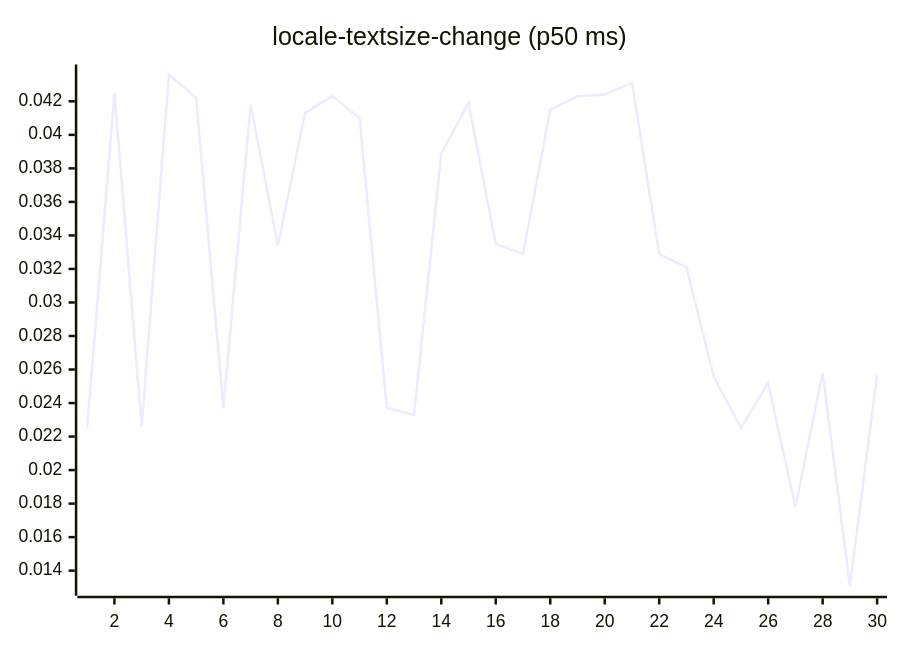
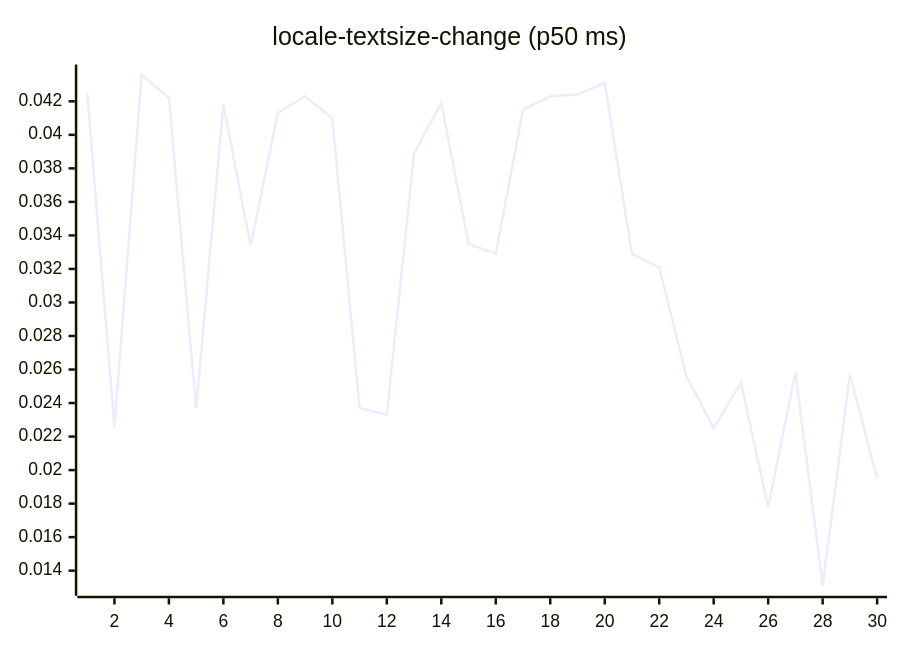
Diagram 13 of 27 in README.md (josha/Facet), drawn with Mermaid before and after one commit. The commit also changed other lines of this file and 2 other files, not shown here.

````diff
--- a/README.md
+++ b/README.md
@@ -147,6 +147,6 @@
 ```mermaid
 xychart-beta
     title "locale-textsize-change (p50 ms)"
     x-axis 1 --> 30
-    line [0.0225, 0.0425, 0.0226, 0.0436, 0.0422, 0.0237, 0.0418, 0.0334, 0.0413, 0.0423, 0.0410, 0.0237, 0.0233, 0.0389, 0.0419, 0.0335, 0.0329, 0.0415, 0.0423, 0.0424, 0.0431, 0.0329, 0.0321, 0.0256, 0.0225, 0.0252, 0.0178, 0.0258, 0.0131, 0.0257]
+    line [0.0425, 0.0226, 0.0436, 0.0422, 0.0237, 0.0418, 0.0334, 0.0413, 0.0423, 0.0410, 0.0237, 0.0233, 0.0389, 0.0419, 0.0335, 0.0329, 0.0415, 0.0423, 0.0424, 0.0431, 0.0329, 0.0321, 0.0256, 0.0225, 0.0252, 0.0178, 0.0258, 0.0131, 0.0257, 0.0195]
 ```
````
